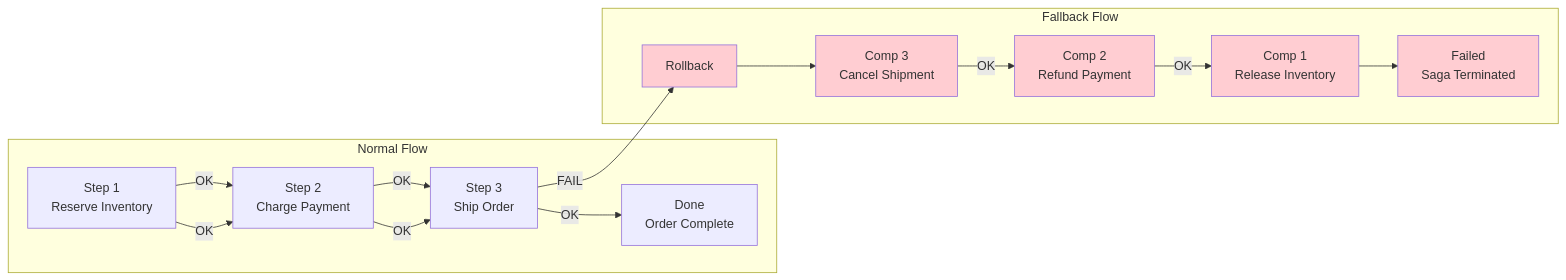
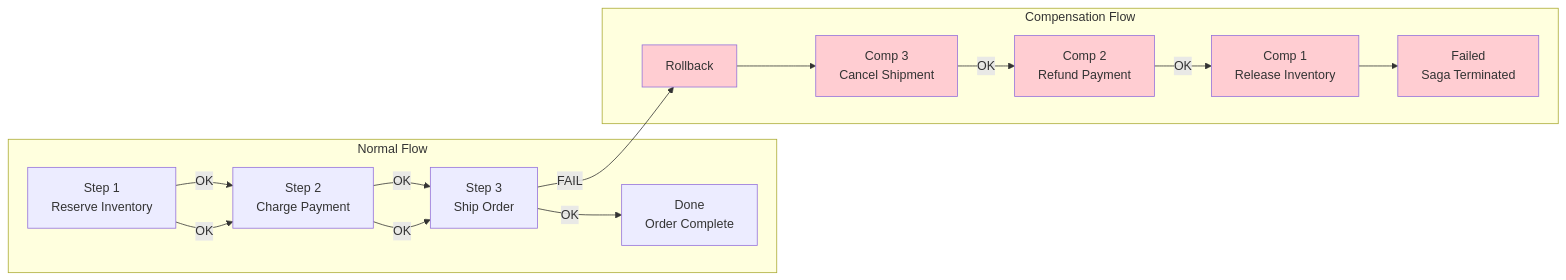
Before and after one commit to Rubentxu/hodei-jobs: the eighth of 27 diagrams in docs/manuales/SAGA_ENGINE_DIAGRAMS_en.md, drawn with Mermaid. The commit also changed other lines of this file and 7 other files, not shown here.

````diff
--- a/docs/manuales/SAGA_ENGINE_DIAGRAMS_en.md
+++ b/docs/manuales/SAGA_ENGINE_DIAGRAMS_en.md
@@ -282,26 +496,26 @@
 ```mermaid
 flowchart LR
     subgraph "Normal Flow"
         S1[Step 1<br/>Reserve Inventory] -->|OK| S2[Step 2<br/>Charge Payment]
         S2 -->|OK| S3[Step 3<br/>Ship Order]
         S3 -->|OK| DONE[Done<br/>Order Complete]
     end
     
-    subgraph "Fallback Flow"
+    subgraph "Compensation Flow"
         S1 -->|OK| S2
         S2 -->|OK| S3
         S3 -->|FAIL| ROLL[Rollback]
         
         ROLL --> C3[Comp 3<br/>Cancel Shipment]
         C3 -->|OK| C2[Comp 2<br/>Refund Payment]
         C2 -->|OK| C1[Comp 1<br/>Release Inventory]
         
         C1 --> FAILED[Failed<br/>Saga Terminated]
     end
     
     style ROLL fill:#ffcdd2
+    style C3 fill:#ffcdd2
+    style C2 fill:#ffcdd2
     style C1 fill:#ffcdd2
-    style C2 fill:#ffcdd2
-    style C3 fill:#ffcdd2
     style FAILED fill:#ffcdd2
 ```
````
